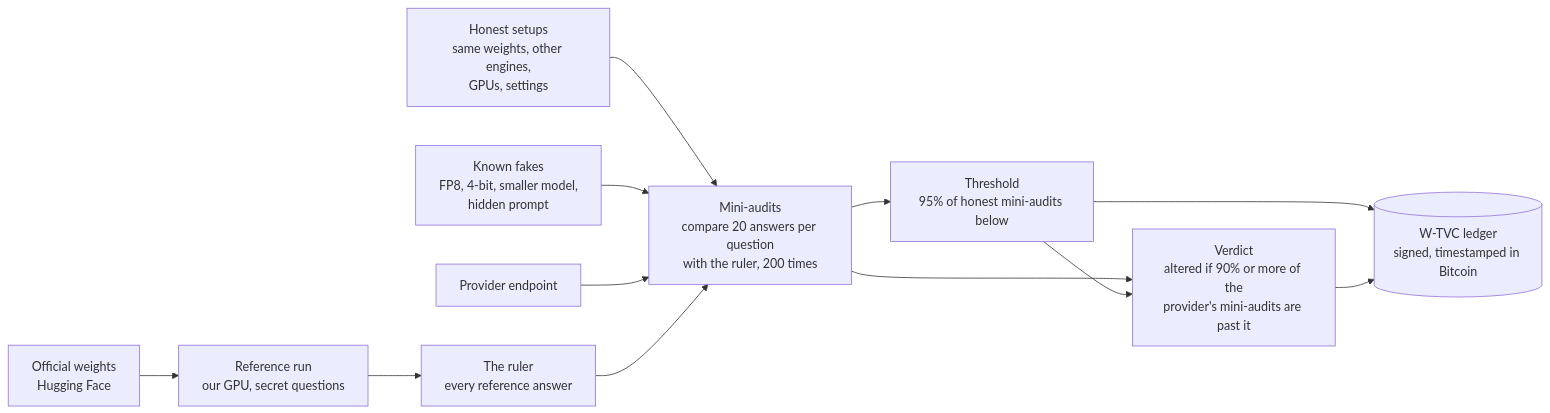
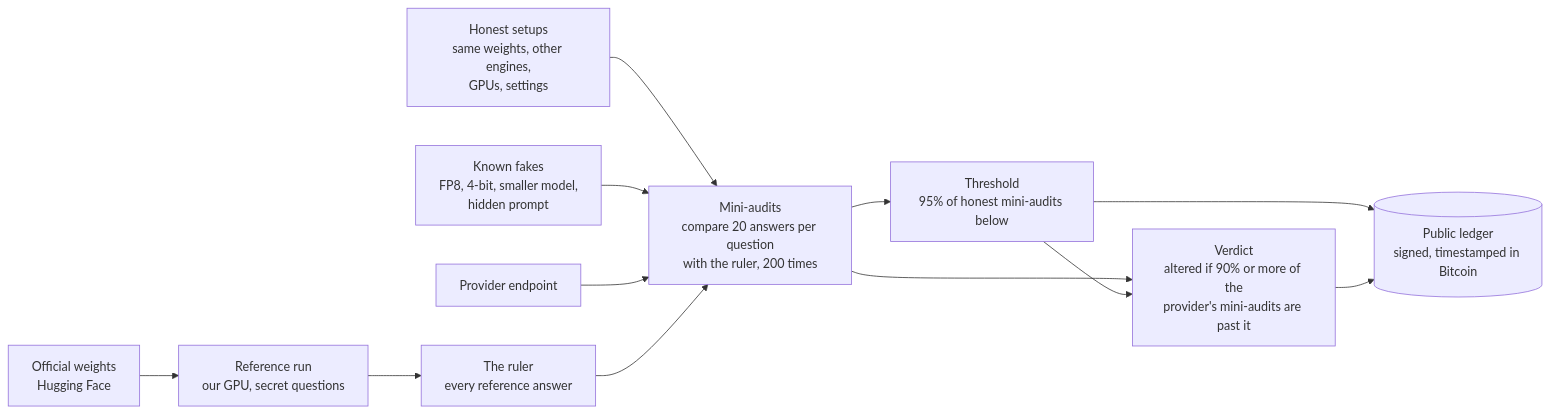
The second of 3 diagrams in README.md (sha256rma/w-tvc-protocol), drawn with Mermaid before and after one commit. The commit also changed other lines of this file and 3 other files, not shown here.

````diff
--- a/README.md
+++ b/README.md
@@ -53,13 +101,13 @@
 ```mermaid
 flowchart LR
   HF["Official weights<br/>Hugging Face"] --> REF["Reference run<br/>our GPU, secret questions"]
   REF --> RULER["The ruler<br/>every reference answer"]
   HON["Honest setups<br/>same weights, other engines,<br/>GPUs, settings"] --> MA["Mini-audits<br/>compare 20 answers per question<br/>with the ruler, 200 times"]
   FAKE["Known fakes<br/>FP8, 4-bit, smaller model,<br/>hidden prompt"] --> MA
   PROV["Provider endpoint"] --> MA
   RULER --> MA
   MA --> LINE["Threshold<br/>95% of honest mini-audits below"]
   MA --> VERDICT["Verdict<br/>altered if 90% or more of the<br/>provider's mini-audits are past it"]
   LINE --> VERDICT
-  LINE & VERDICT --> LED[("W-TVC ledger<br/>signed, timestamped in Bitcoin")]
+  LINE & VERDICT --> LED[("Public ledger<br/>signed, timestamped in Bitcoin")]
 ```
````
